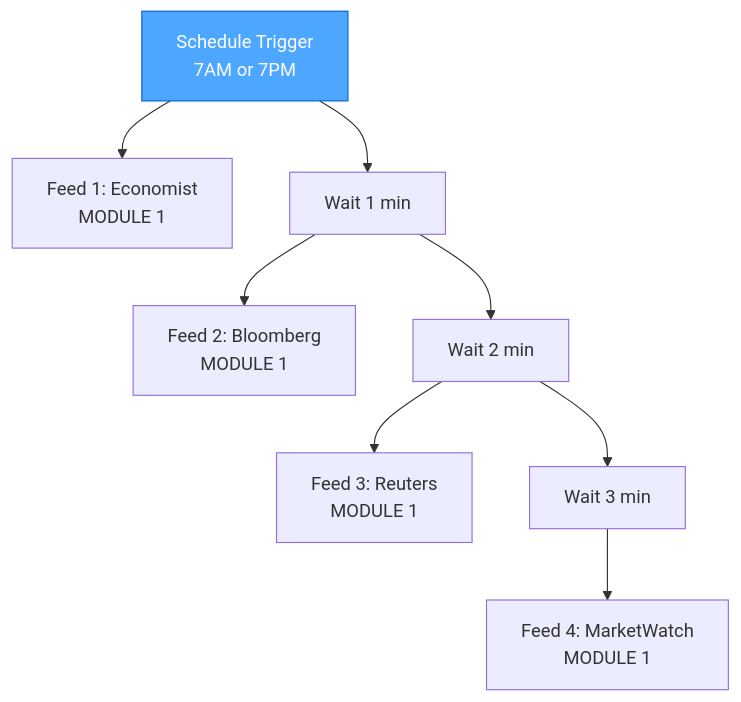
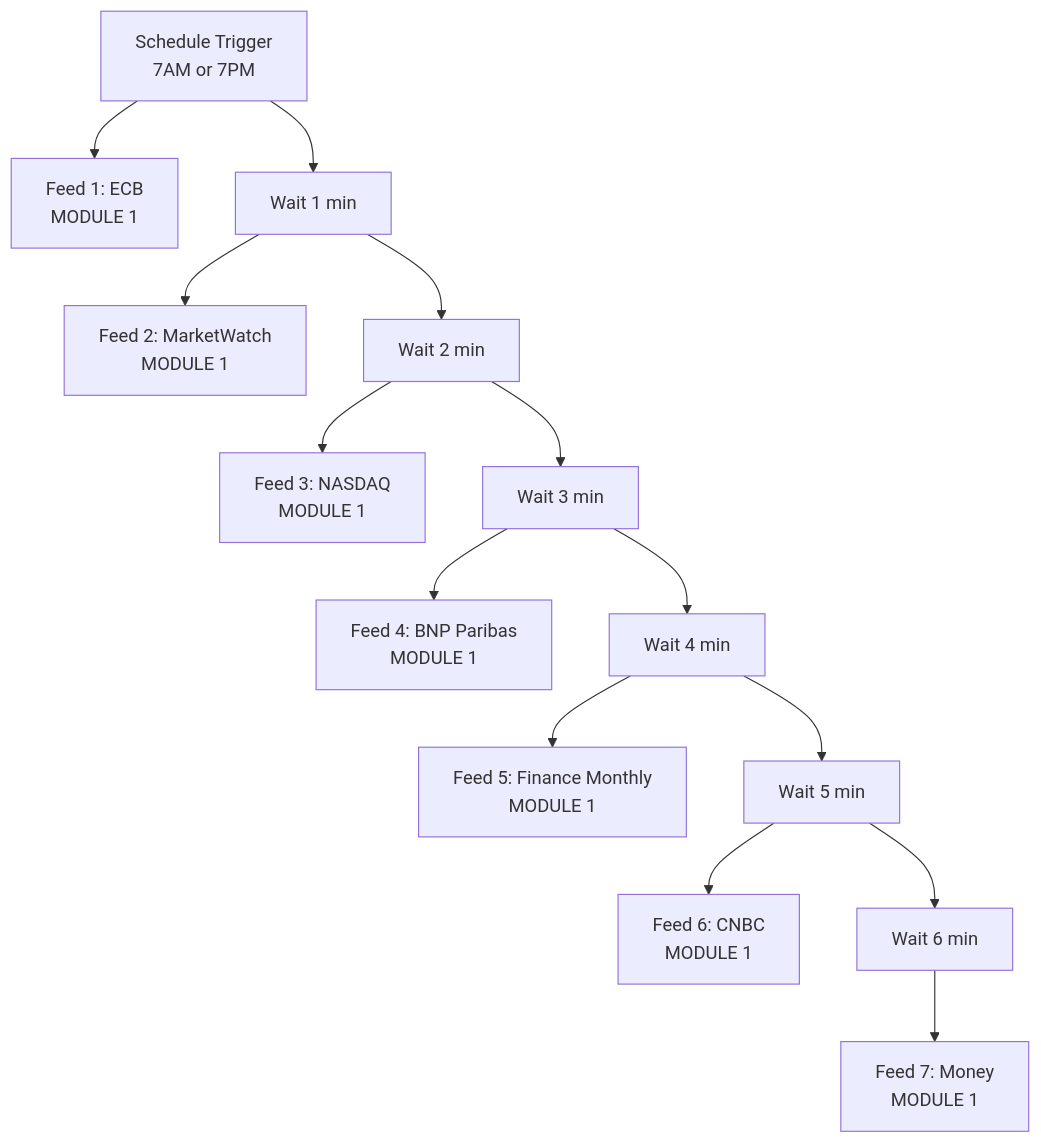
Before and after one commit to Capp3/n8n-fineopinion: the third of 7 diagrams in memory-bank/build-implementation-plan.md, drawn with Mermaid. The commit also changed other lines of this file and 24 other files, not shown here.

````diff
--- a/memory-bank/build-implementation-plan.md
+++ b/memory-bank/build-implementation-plan.md
@@ -79,12 +85,16 @@
 ```mermaid
 graph TB
-    TRIGGER[Schedule Trigger<br/>7AM or 7PM] --> FEED1[Feed 1: Economist<br/>MODULE 1]
+    TRIGGER[Schedule Trigger<br/>7AM or 7PM] --> FEED1[Feed 1: ECB<br/>MODULE 1]
     TRIGGER --> WAIT1[Wait 1 min]
-    WAIT1 --> FEED2[Feed 2: Bloomberg<br/>MODULE 1]
+    WAIT1 --> FEED2[Feed 2: MarketWatch<br/>MODULE 1]
     WAIT1 --> WAIT2[Wait 2 min]
-    WAIT2 --> FEED3[Feed 3: Reuters<br/>MODULE 1]
+    WAIT2 --> FEED3[Feed 3: NASDAQ<br/>MODULE 1]
     WAIT2 --> WAIT3[Wait 3 min]
-    WAIT3 --> FEED4[Feed 4: MarketWatch<br/>MODULE 1]
-
-    style TRIGGER fill:#4da6ff,stroke:#0066cc,color:white
+    WAIT3 --> FEED4[Feed 4: BNP Paribas<br/>MODULE 1]
+    WAIT3 --> WAIT4[Wait 4 min]
+    WAIT4 --> FEED5[Feed 5: Finance Monthly<br/>MODULE 1]
+    WAIT4 --> WAIT5[Wait 5 min]
+    WAIT5 --> FEED6[Feed 6: CNBC<br/>MODULE 1]
+    WAIT5 --> WAIT6[Wait 6 min]
+    WAIT6 --> FEED7[Feed 7: Money<br/>MODULE 1]
 ```
````
